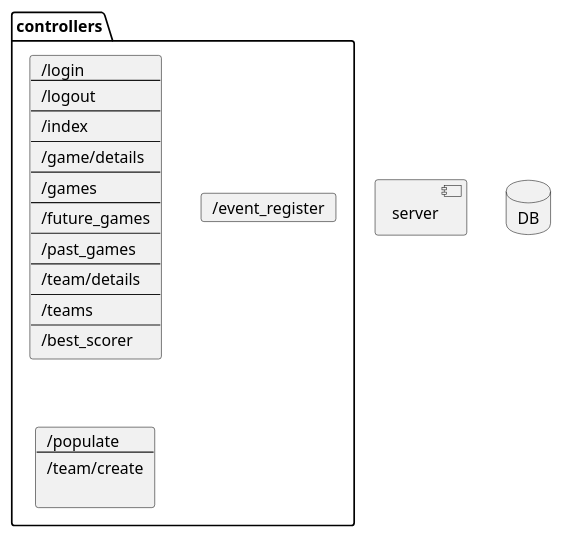
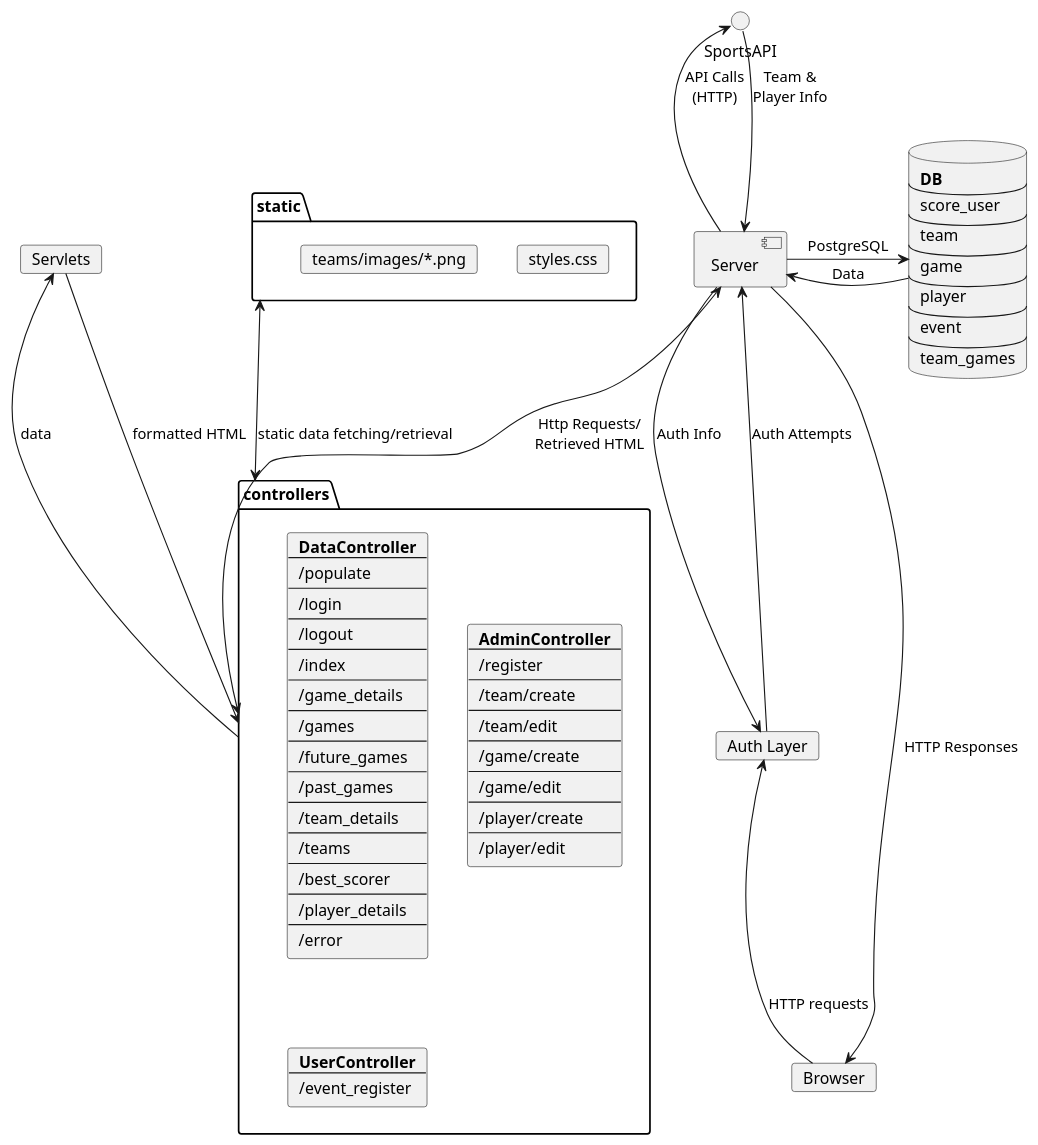
Before and after one commit to PomatoCoCEO/distributed-systems-scoredei: the diagram in arch/architecture.puml, drawn with PlantUML. The commit also changed 13 other files, not shown here.

```diff
--- a/arch/architecture.puml
+++ b/arch/architecture.puml
@@ -1,42 +1,104 @@
-@startuml
+@startuml architecture
 
-component server
-database DB
+component server as "Server"
+database DB [
+    <b>DB</b>
+    ----
+    score_user
+    ----
+    team
+    ----
+    game
+    ----
+    player
+    ----
+    event
+    ----
+    team_games
+]
 
 folder controllers {
     card DataController [
+        <b>DataController</b>
+        ----
+        /populate
+        ----
         /login
         ----
         /logout
         ----
         /index
         ----
-        /game/details
+        /game_details
         ----
         /games
         ----
         /future_games
         ----
         /past_games
         ----
-        /team/details
+        /team_details
         ----
         /teams
         ----
         /best_scorer
+        ----
+        /player_details
+        ----
+        /error
     ]
-    card UserController [
-        /event_register
-    ]
+
     card AdminController [
-        /populate
+        <b>AdminController</b>
+        ----
+        /register  
         ----
         /team/create
-        
+        ----
+        /team/edit
+        ----
+        /game/create
+        ----
+        /game/edit
+        ----
+        /player/create
+        ----
+        /player/edit
+    ]
+
+    card UserController [
+        <b>UserController</b>
+        ----
+        /event_register
     ]
 }
 
+card Auth [
+    Auth Layer
+]
 
+folder static {
+    card "styles.css"
+    card "teams/images/*.png"
+}
 
+interface SportsAPI
+
+card Browser
+
+card Servlets
+server <-down-> controllers : Http Requests/\nRetrieved HTML
+server -right-> DB: PostgreSQL
+DB -left-> server : Data
+
+server -down-> Auth : Auth Info
+server -down-> Browser: HTTP Responses
+Auth -up-> server: Auth Attempts
+server -up-> SportsAPI: API Calls\n(HTTP)
+SportsAPI -down-> server: Team &\nPlayer Info
+Browser -up-> Auth: HTTP requests
+controllers <-up-> static: static data fetching/retrieval
+controllers -right-> Servlets: data
+Servlets --> controllers: formatted HTML
 
 @enduml
```
